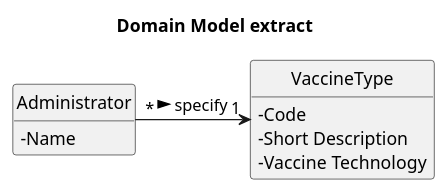
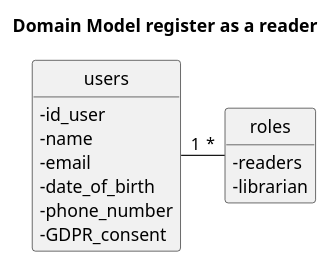
The diagram in docs/Phase_1/WP_3A/US011/US011-MD.puml (GODinho211/psoft-project-G2), drawn with PlantUML before and after one commit. The commit also changed 11 other files, not shown here.

Commit message:
Update the Workpackage 3 with the design namely Domain model extract sequence diagram ans system sequence diagram

```diff
--- a/docs/Phase_1/WP_3A/US011/US011-MD.puml
+++ b/docs/Phase_1/WP_3A/US011/US011-MD.puml
@@ -1,22 +1,31 @@
 @startuml
 'https://plantuml.com/class-diagram
 hide circle
 skinparam classAttributeIconSize 0
 hide methods
 
-title Domain Model extract
+title Domain Model register as a reader
 
-Class Administrator{
+class users {
 
--Name
+    - id_user
+    - name
+    - email
+    - date_of_birth
+    - phone_number
+    - GDPR_consent
+
 }
 
-Class VaccineType{
--Code
--Short Description
--Vaccine Technology
+class roles {
+
+    - readers
+    - librarian
+
 }
 
-Administrator"*"->"1"VaccineType:specify   >
+
+users "1" -right-- "*" roles
+
 
 @enduml
```
